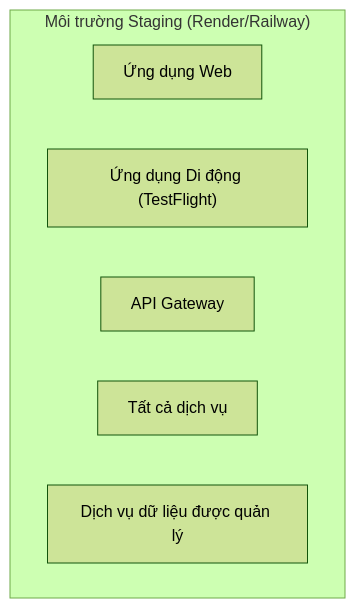
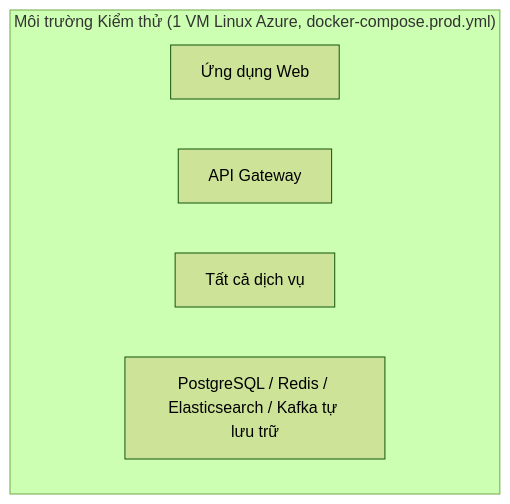
One commit to dut-pbl6-2026/job-platform-docs changed the sixth of 11 diagrams in docs/srs/vi/8-system-architecture.vi.md. Above: the diagram before and after it, drawn with Mermaid (forest theme). The commit also changed other lines of this file and 20 other files, not shown here.

````diff
--- a/docs/srs/vi/8-system-architecture.vi.md
+++ b/docs/srs/vi/8-system-architecture.vi.md
@@ -370,10 +370,9 @@
 ```mermaid
 flowchart TB
-    subgraph Staging["Môi trường Staging (Render/Railway)"]
+    subgraph Staging["Môi trường Kiểm thử (1 VM Linux Azure, docker-compose.prod.yml)"]
         Web["Ứng dụng Web"]
-        Mobile["Ứng dụng Di động (TestFlight)"]
         Gateway["API Gateway"]
         Services["Tất cả dịch vụ"]
-        Data["Dịch vụ dữ liệu được quản lý"]
+        Data["PostgreSQL / Redis / Elasticsearch / Kafka tự lưu trữ"]
     end
 ```
````
